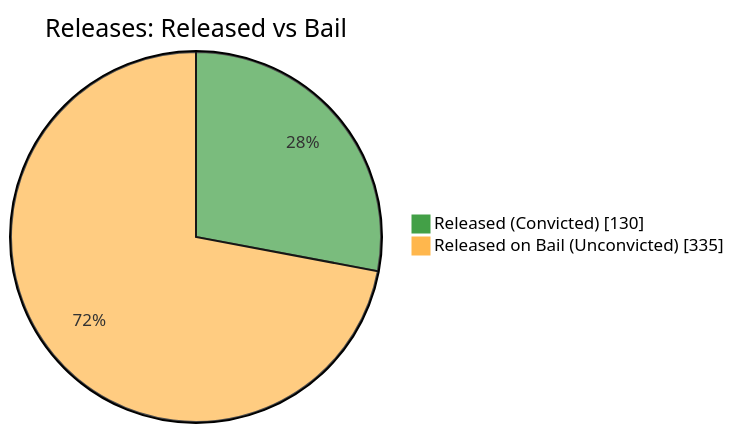
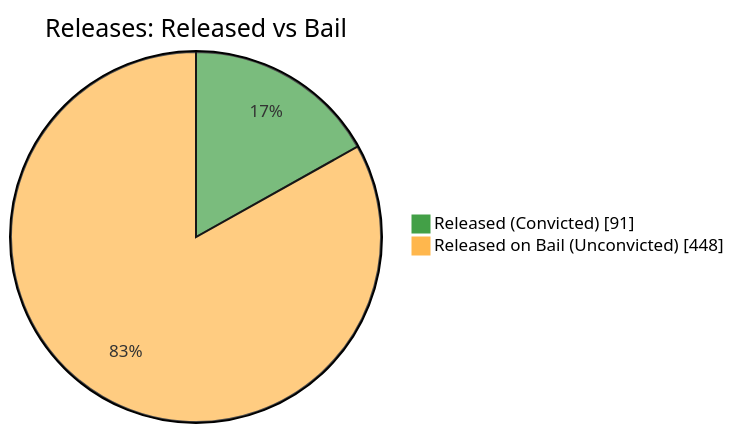
One commit to nuuuwan/lk_prisons changed the fifth of 7 diagrams in README.md. Above: the diagram before and after it, drawn with Mermaid. The commit also changed other lines of this file and 1 other file, not shown here.

````diff
--- a/README.md
+++ b/README.md
@@ -87,6 +87,6 @@
 ```mermaid
 %%{init: {'themeVariables': {'pie1': '#43A047', 'pie2': '#FFB74D'}}}%%
 pie showData title Releases: Released vs Bail
-    "Released (Convicted)" : 130
-    "Released on Bail (Unconvicted)" : 335
+    "Released (Convicted)" : 91
+    "Released on Bail (Unconvicted)" : 448
 ```
````
